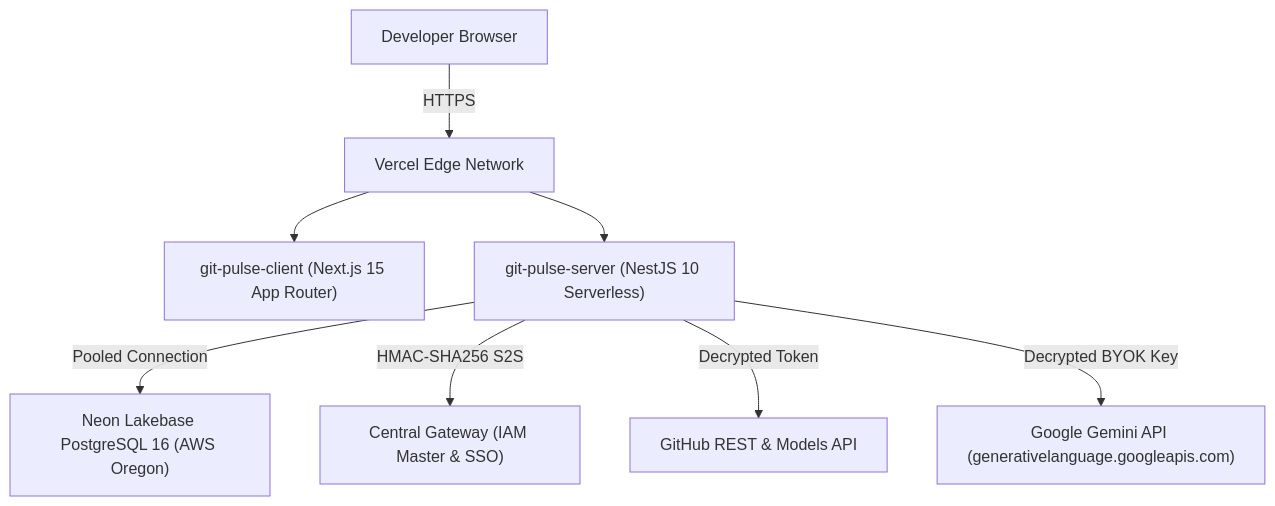
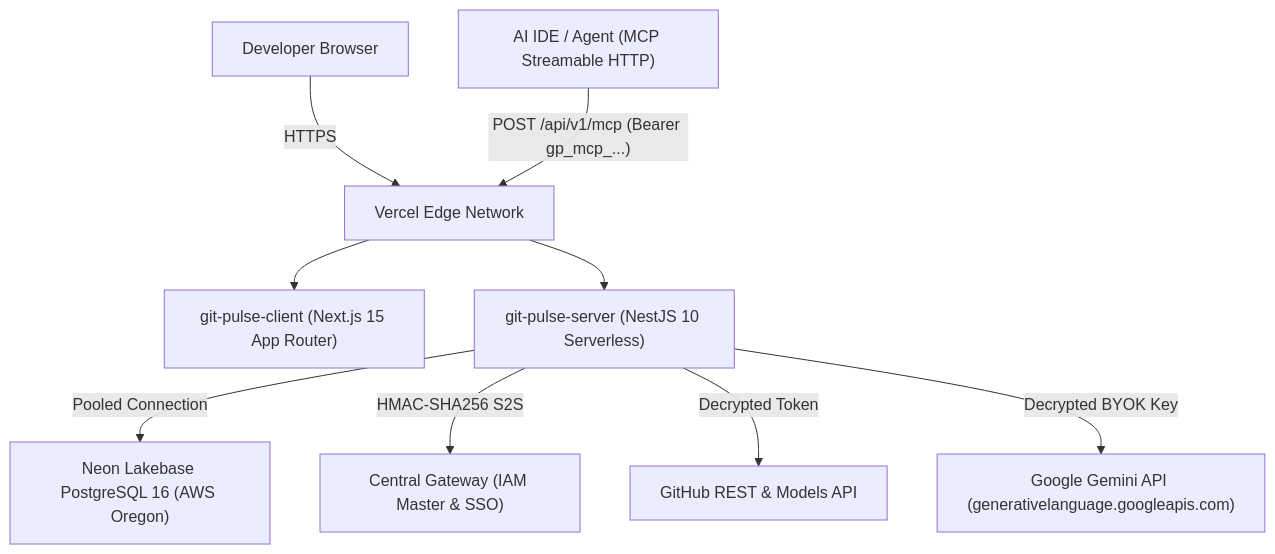
One commit to thanhba0505/git-pulse changed the diagram in README.md. Above: the diagram before and after it, drawn with Mermaid. The commit also changed other lines of this file and 29 other files, not shown here.

Commit message:
feat(mcp): implement stateless Streamable HTTP MCP server, scoped keys, and Settings UI

````diff
--- a/README.md
+++ b/README.md
@@ -55,10 +57,11 @@
 ```mermaid
 graph TD
     Developer["Developer Browser"] -->|HTTPS| VercelEdge["Vercel Edge Network"]
+    AiAgent["AI IDE / Agent (MCP Streamable HTTP)"] -->|"POST /api/v1/mcp (Bearer gp_mcp_...)"| VercelEdge
     VercelEdge --> ClientApp["git-pulse-client (Next.js 15 App Router)"]
     VercelEdge --> ServerAPI["git-pulse-server (NestJS 10 Serverless)"]
     ServerAPI -->|Pooled Connection| NeonDB["Neon Lakebase PostgreSQL 16 (AWS Oregon)"]
     ServerAPI -->|HMAC-SHA256 S2S| Gateway["Central Gateway (IAM Master & SSO)"]
     ServerAPI -->|Decrypted Token| GitHubAPI["GitHub REST & Models API"]
     ServerAPI -->|Decrypted BYOK Key| GeminiAPI["Google Gemini API (generativelanguage.googleapis.com)"]
 ```
````
